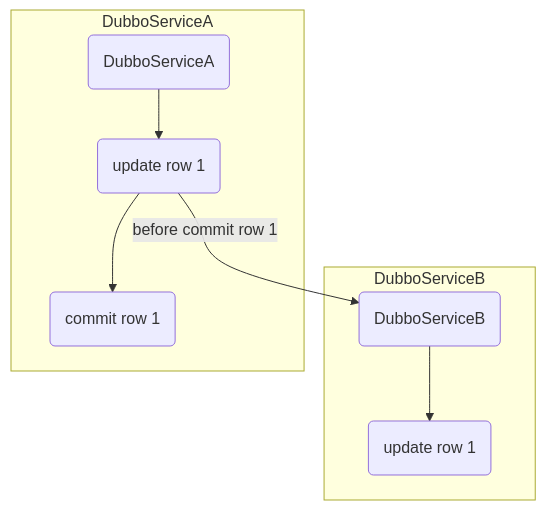
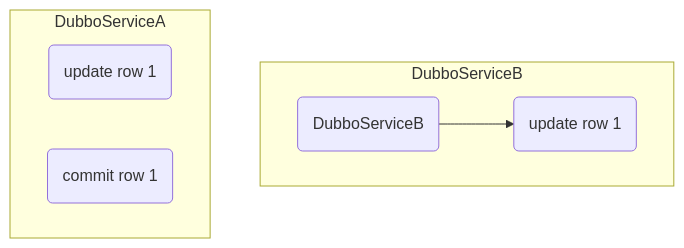
Before and after one commit to zhudongdong/docs: the diagram in dubbo/服务治理问题案例.md, drawn with Mermaid. The commit also changed other lines of this file, not shown here.

Commit message:
Uploaded by https://stackedit.io/

````diff
--- a/dubbo/服务治理问题案例.md
+++ b/dubbo/服务治理问题案例.md
@@ -3,14 +3,13 @@
 ```mermaid
 graph TB
 
 subgraph DubboServiceB
 c(DubboServiceB) --> d(update row 1)
 
 end
 subgraph DubboServiceA
-a(DubboServiceA) --> b(update row 1)
-b --> f(commit row 1)
-b --before commit row 1--> c
+a(update row 1)
+b(commit row 1)
 
 end
 ```
````
